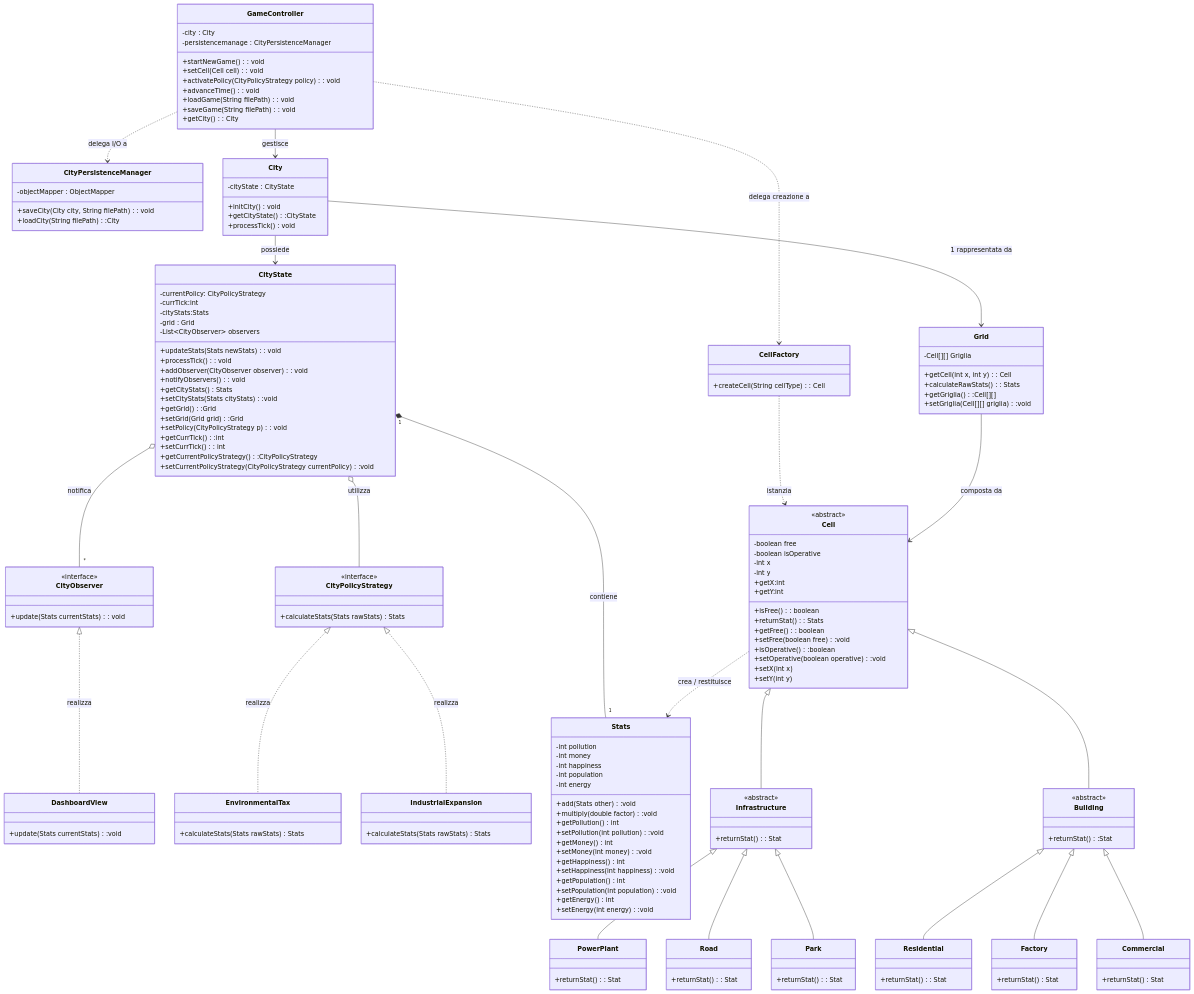
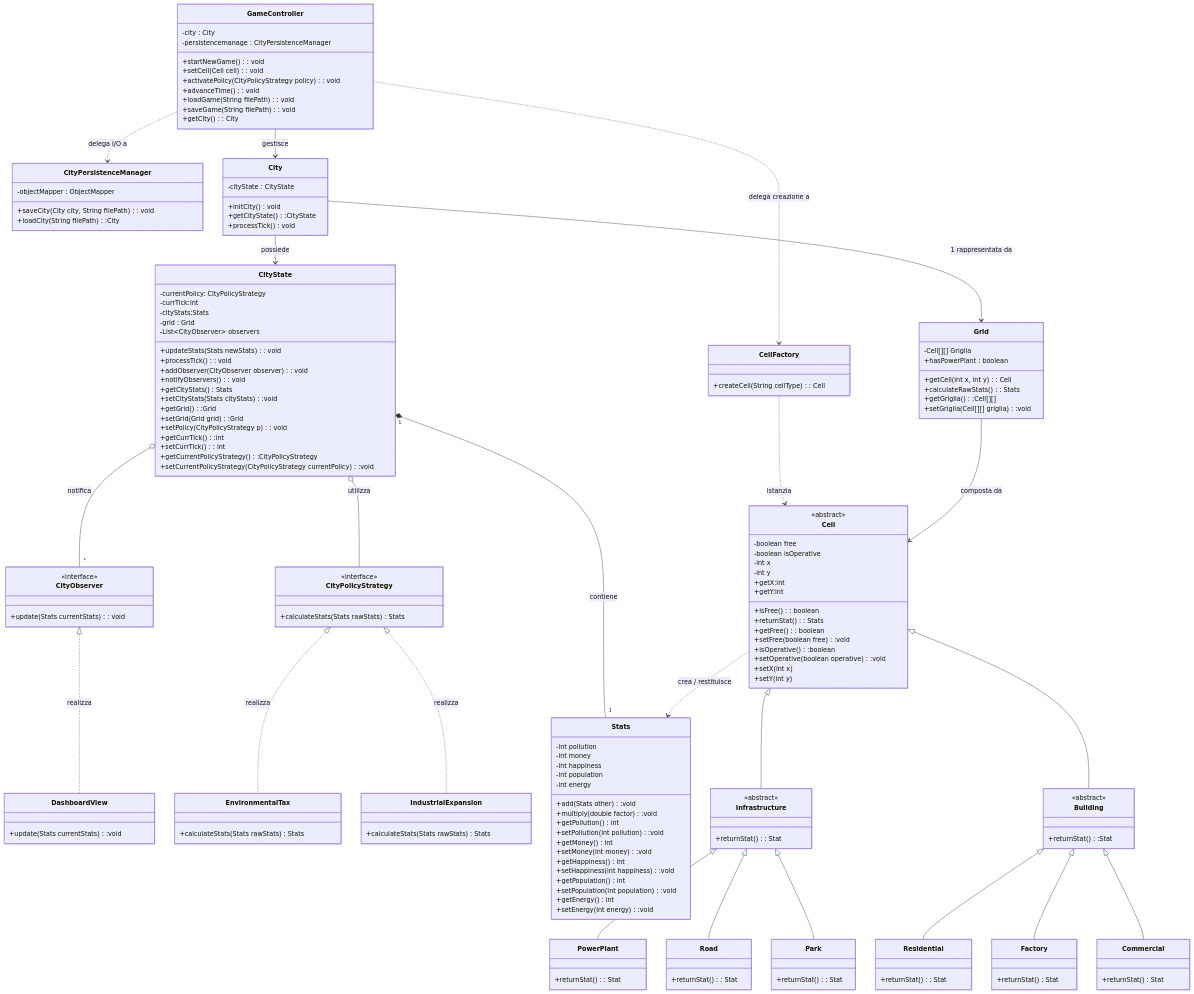
One commit to andreatoson3-netizen/Amatriciana changed the diagram in docs/design-class-model.md. Above: the diagram before and after it, drawn with Mermaid. The commit also changed 2 other files, not shown here.

Commit message:
Fatto primo test "GridTest"

```diff
--- a/docs/design-class-model.md
+++ b/docs/design-class-model.md
@@ -82,9 +82,11 @@
     class Grid {
         -Cell[][] Griglia
         +getCell(int x, int y) : Cell
+        +hasPowerPlant : boolean
         +calculateRawStats() : Stats
         +getGriglia():Cell[][]
         +setGriglia(Cell[][] griglia):void
+        
     }
 
     class Cell {
```
